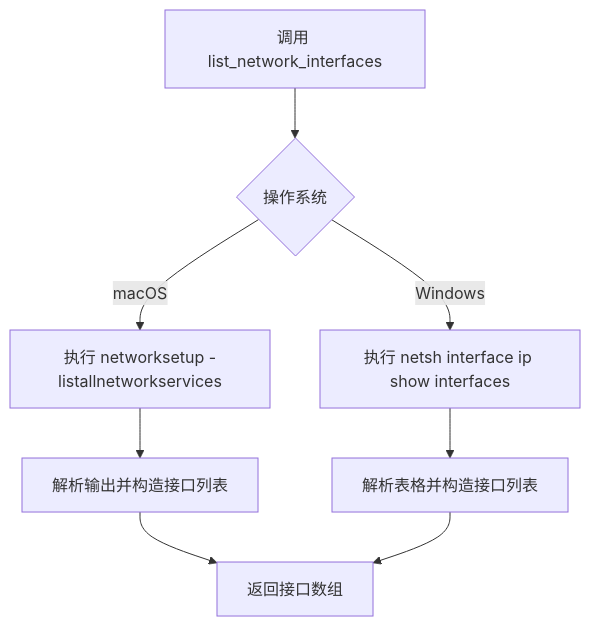
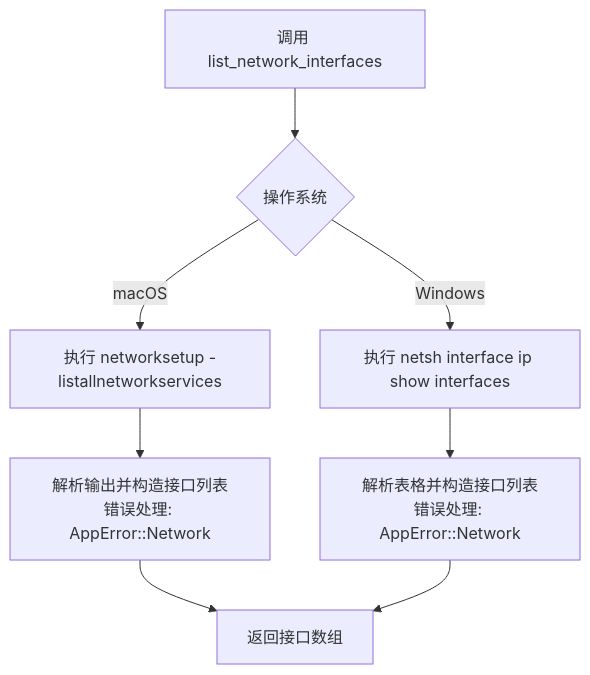
Before and after one commit to xdongliang/IPSwitcher: the fourth of 11 diagrams in .qoder/repowiki/zh/content/网络配置功能/网络配置功能.md, drawn with Mermaid. The commit also changed other lines of this file and 22 other files, not shown here.

````diff
--- a/.qoder/repowiki/zh/content/网络配置功能/网络配置功能.md
+++ b/.qoder/repowiki/zh/content/网络配置功能/网络配置功能.md
@@ -170,10 +217,10 @@
 ```mermaid
 flowchart TD
 Discover["调用 list_network_interfaces"] --> OS{"操作系统"}
 OS --> |macOS| MacCmd["执行 networksetup -listallnetworkservices"]
-MacCmd --> ParseMac["解析输出并构造接口列表"]
+MacCmd --> ParseMac["解析输出并构造接口列表<br/>错误处理: AppError::Network"]
 OS --> |Windows| WinCmd["执行 netsh interface ip show interfaces"]
-WinCmd --> ParseWin["解析表格并构造接口列表"]
+WinCmd --> ParseWin["解析表格并构造接口列表<br/>错误处理: AppError::Network"]
 ParseMac --> Result["返回接口数组"]
 ParseWin --> Result
 ```
````
